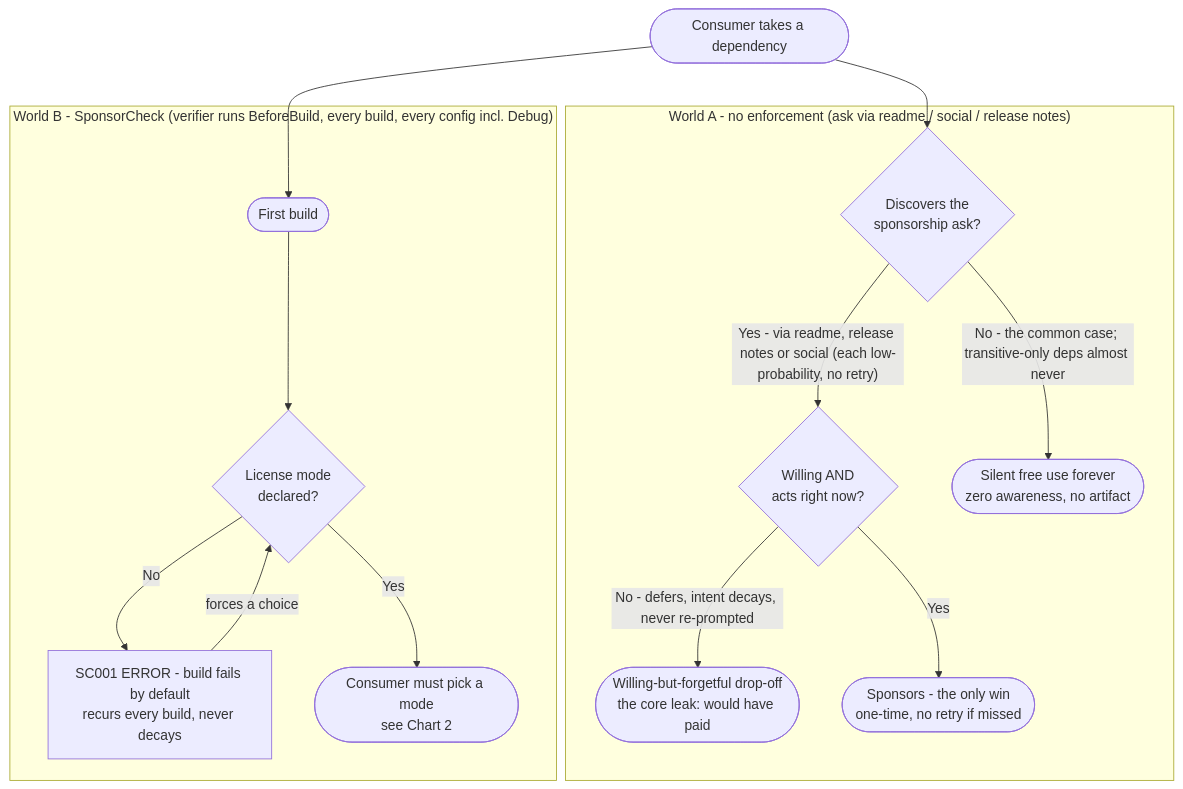
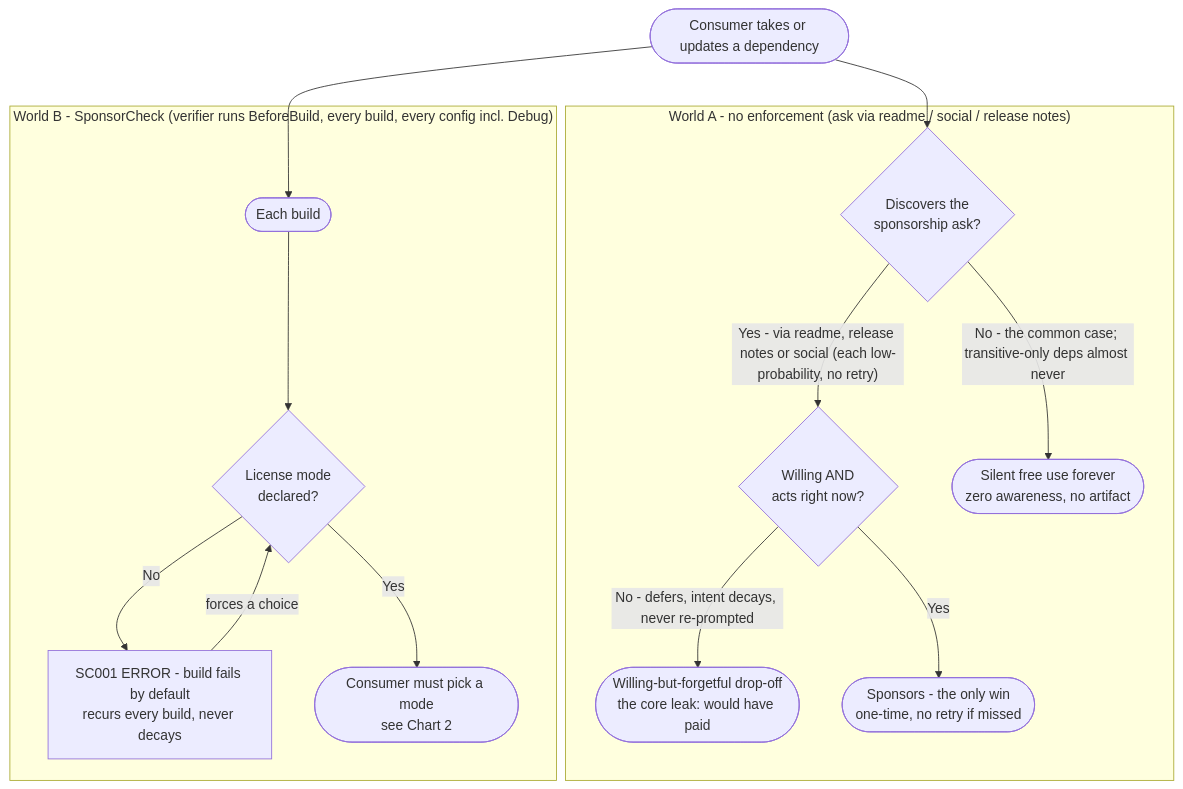
One commit to SimonCropp/SponsorCheck changed the first of 4 diagrams in docs/WhyBuildTimeVerification.md. Above: the diagram before and after it, drawn with Mermaid.

````diff
--- a/docs/WhyBuildTimeVerification.md
+++ b/docs/WhyBuildTimeVerification.md
@@ -21,22 +21,22 @@
 ```mermaid
 flowchart TD
-    Dep(["Consumer takes a dependency"])
+    Dep(["Consumer takes or updates a dependency"])
 
     subgraph WorldA["World A - no enforcement (ask via readme / social / release notes)"]
         A1{"Discovers the<br/>sponsorship ask?"}
         A1 -->|"Yes - via readme, release notes or social (each low-probability, no retry)"| A2{"Willing AND<br/>acts right now?"}
         A1 -->|"No - the common case; transitive-only deps almost never"| ASilent(["Silent free use forever<br/>zero awareness, no artifact"])
         A2 -->|"No - defers, intent decays, never re-prompted"| AForget(["Willing-but-forgetful drop-off<br/>the core leak: would have paid"])
         A2 -->|"Yes"| ASponsor(["Sponsors - the only win<br/>one-time, no retry if missed"])
     end
 
     subgraph WorldB["World B - SponsorCheck (verifier runs BeforeBuild, every build, every config incl. Debug)"]
-        B1(["First build"]) --> B2{"License mode<br/>declared?"}
+        B1(["Each build"]) --> B2{"License mode<br/>declared?"}
         B2 -->|"No"| BSC001["SC001 ERROR - build fails by default<br/>recurs every build, never decays"]
         BSC001 -->|"forces a choice"| B2
         B2 -->|"Yes"| BChoose(["Consumer must pick a mode<br/>see Chart 2"])
     end
 
     Dep --> A1
     Dep --> B1
 ```
````
